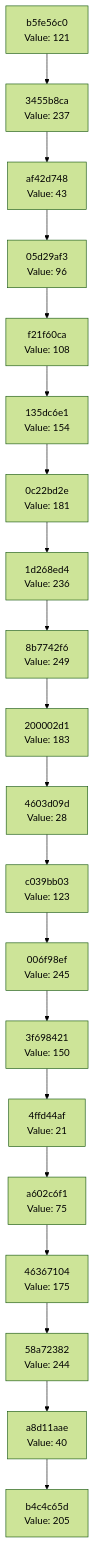
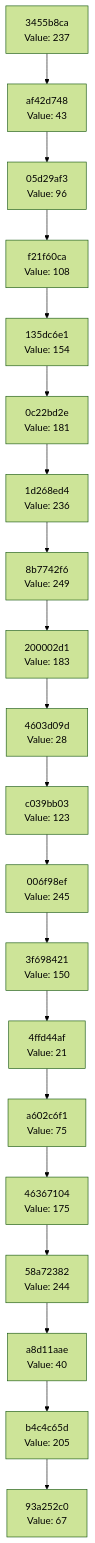
Before and after one commit to Abhisheksinha1506/hash-chain-evolver: the diagram in docs/CHAIN_VISUALIZATION.md, drawn with Mermaid (forest theme). The commit also changed 2 other files, not shown here.

Commit message:
Evolution step: hash 0x43 → action executed

````diff
--- a/docs/CHAIN_VISUALIZATION.md
+++ b/docs/CHAIN_VISUALIZATION.md
@@ -3,42 +3,42 @@
 ```mermaid
 graph TD
-    C0["b4c4c65d<br/>Value: 205"]
-    C1["a8d11aae<br/>Value: 40"]
+    C0["93a252c0<br/>Value: 67"]
+    C1["b4c4c65d<br/>Value: 205"]
     C1 --> C0
-    C2["58a72382<br/>Value: 244"]
+    C2["a8d11aae<br/>Value: 40"]
     C2 --> C1
-    C3["46367104<br/>Value: 175"]
+    C3["58a72382<br/>Value: 244"]
     C3 --> C2
-    C4["a602c6f1<br/>Value: 75"]
+    C4["46367104<br/>Value: 175"]
     C4 --> C3
-    C5["4ffd44af<br/>Value: 21"]
+    C5["a602c6f1<br/>Value: 75"]
     C5 --> C4
-    C6["3f698421<br/>Value: 150"]
+    C6["4ffd44af<br/>Value: 21"]
     C6 --> C5
-    C7["006f98ef<br/>Value: 245"]
+    C7["3f698421<br/>Value: 150"]
     C7 --> C6
-    C8["c039bb03<br/>Value: 123"]
+    C8["006f98ef<br/>Value: 245"]
     C8 --> C7
-    C9["4603d09d<br/>Value: 28"]
+    C9["c039bb03<br/>Value: 123"]
     C9 --> C8
-    C10["200002d1<br/>Value: 183"]
+    C10["4603d09d<br/>Value: 28"]
     C10 --> C9
-    C11["8b7742f6<br/>Value: 249"]
+    C11["200002d1<br/>Value: 183"]
     C11 --> C10
-    C12["1d268ed4<br/>Value: 236"]
+    C12["8b7742f6<br/>Value: 249"]
     C12 --> C11
-    C13["0c22bd2e<br/>Value: 181"]
+    C13["1d268ed4<br/>Value: 236"]
     C13 --> C12
-    C14["135dc6e1<br/>Value: 154"]
+    C14["0c22bd2e<br/>Value: 181"]
     C14 --> C13
-    C15["f21f60ca<br/>Value: 108"]
+    C15["135dc6e1<br/>Value: 154"]
     C15 --> C14
-    C16["05d29af3<br/>Value: 96"]
+    C16["f21f60ca<br/>Value: 108"]
     C16 --> C15
-    C17["af42d748<br/>Value: 43"]
+    C17["05d29af3<br/>Value: 96"]
     C17 --> C16
-    C18["3455b8ca<br/>Value: 237"]
+    C18["af42d748<br/>Value: 43"]
     C18 --> C17
-    C19["b5fe56c0<br/>Value: 121"]
+    C19["3455b8ca<br/>Value: 237"]
     C19 --> C18
 ```
````
